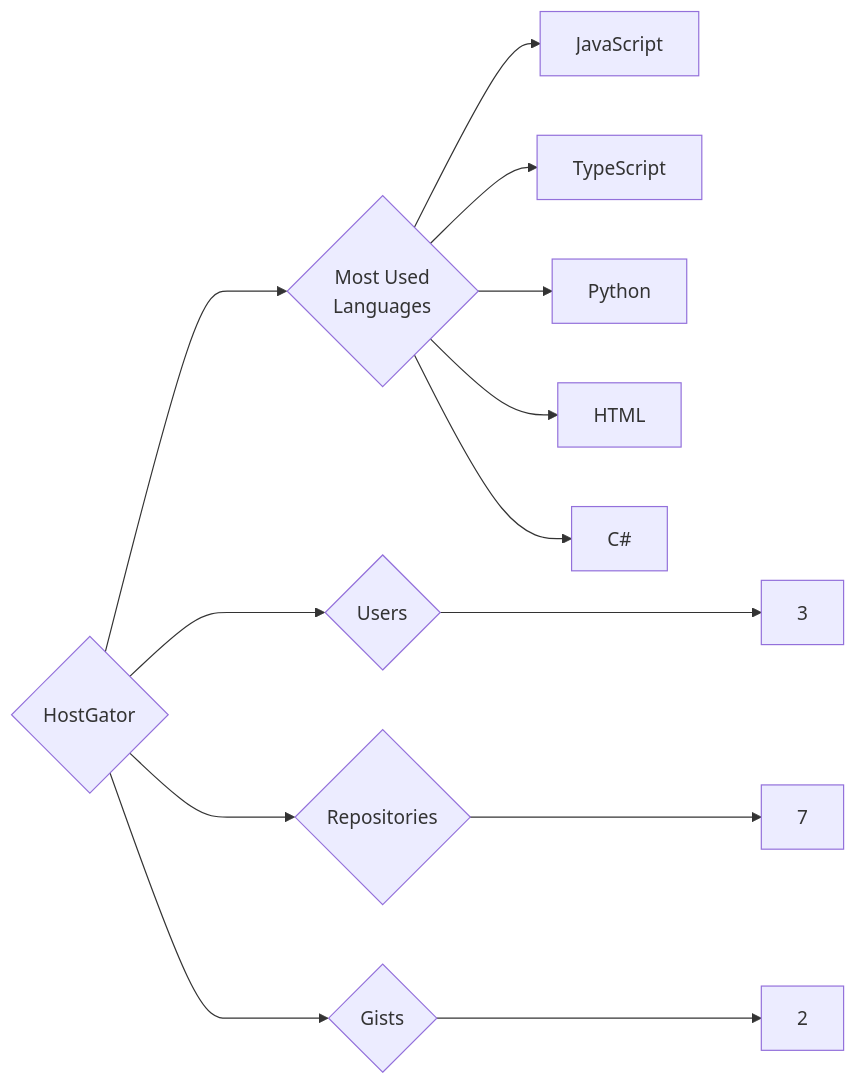
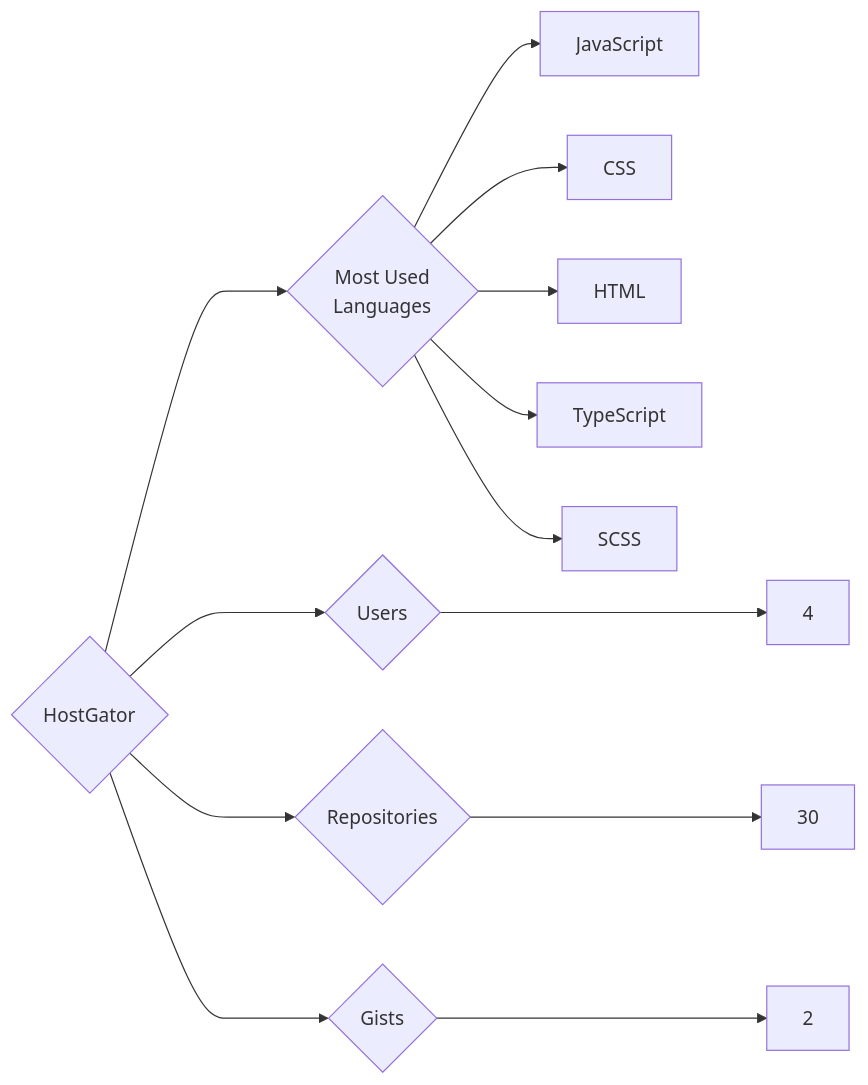
The diagram in targets/HostGator/README.md (trickest/insiders), drawn with Mermaid before and after one commit. The commit also changed 1023 other files, not shown here.

````diff
--- a/targets/HostGator/README.md
+++ b/targets/HostGator/README.md
@@ -3,13 +3,13 @@
 ```mermaid
 graph LR
 COMPANY_NAME{HostGator}
-COMPANY_NAME ---> U{Users} ---> UN[3]
-COMPANY_NAME ---> R{Repositories} ---> RN[7]
+COMPANY_NAME ---> U{Users} ---> UN[4]
+COMPANY_NAME ---> R{Repositories} ---> RN[30]
 COMPANY_NAME ---> G{Gists} ---> GN[2]
 COMPANY_NAME ---> ML{Most Used<br>Languages}
 ML --> JavaScript[JavaScript]
+ML --> CSS[CSS]
+ML --> HTML[HTML]
 ML --> TypeScript[TypeScript]
-ML --> Python[Python]
-ML --> HTML[HTML]
-ML --> C#[C#]
+ML --> SCSS[SCSS]
 ```
````
